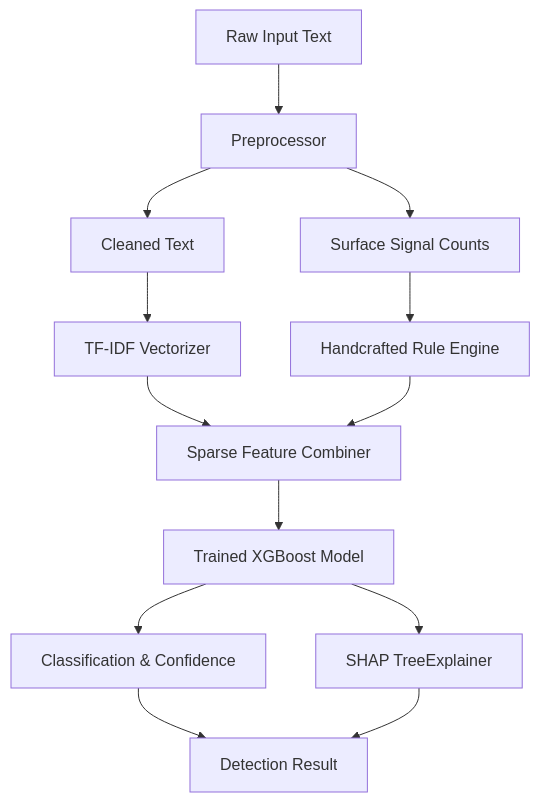
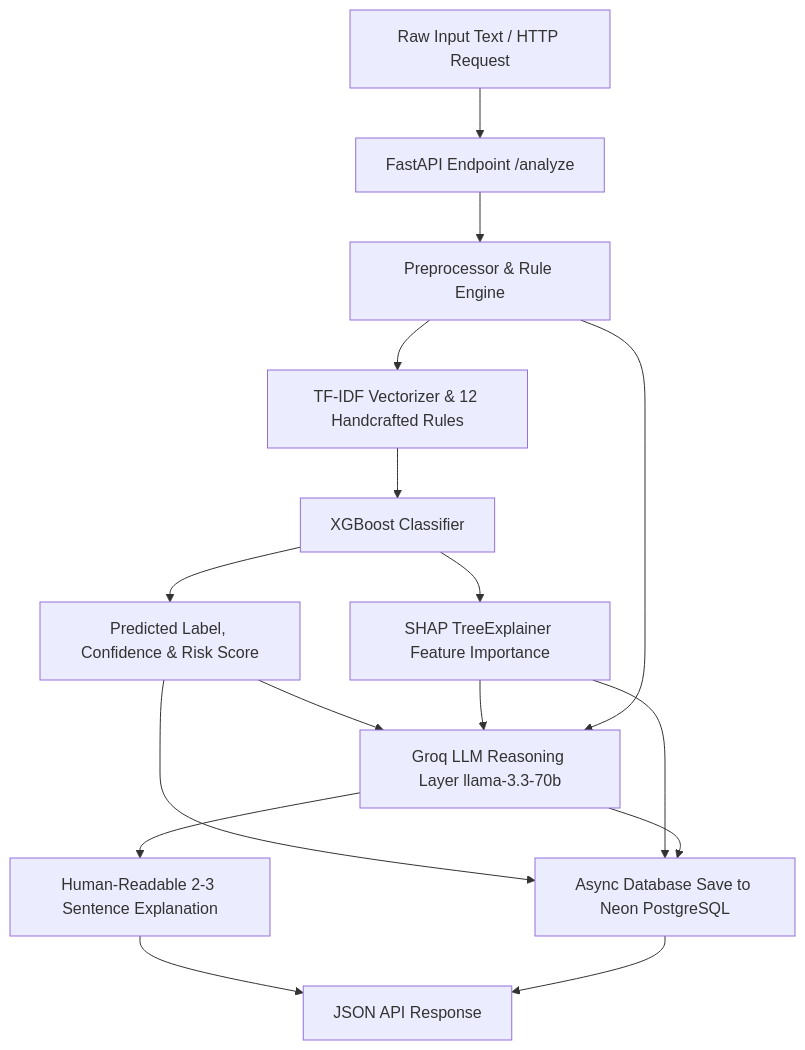
One commit to Vijajraj/AI-Driven-Social-Engineering-Detection changed the diagram in README.md. Above: the diagram before and after it, drawn with Mermaid. The commit also changed other lines of this file, not shown here.

Commit message:
Update README.md with full FastAPI, Groq LLM, and Neon PostgreSQL documentation

````diff
--- a/README.md
+++ b/README.md
@@ -9,15 +11,13 @@
 ```mermaid
 graph TD
-    A[Raw Input Text] --> B[Preprocessor]
-    B --> C[Cleaned Text]
-    B --> D[Surface Signal Counts]
-    C --> E[TF-IDF Vectorizer]
-    D --> F[Handcrafted Rule Engine]
-    E --> G[Sparse Feature Combiner]
-    F --> G
-    G --> H[Trained XGBoost Model]
-    H --> I[Classification & Confidence]
-    H --> J[SHAP TreeExplainer]
-    I --> K[Detection Result]
-    J --> K
+    A[Raw Input Text / HTTP Request] --> B[FastAPI Endpoint /analyze]
+    B --> C[Preprocessor & Rule Engine]
+    C --> D[TF-IDF Vectorizer & 12 Handcrafted Rules]
+    D --> E[XGBoost Classifier]
+    E --> F[Predicted Label, Confidence & Risk Score]
+    E --> G[SHAP TreeExplainer Feature Importance]
+    F & G & C --> H[Groq LLM Reasoning Layer llama-3.3-70b]
+    H --> I[Human-Readable 2-3 Sentence Explanation]
+    F & G & H --> J[Async Database Save to Neon PostgreSQL]
+    I & J --> K[JSON API Response]
 ```
````
